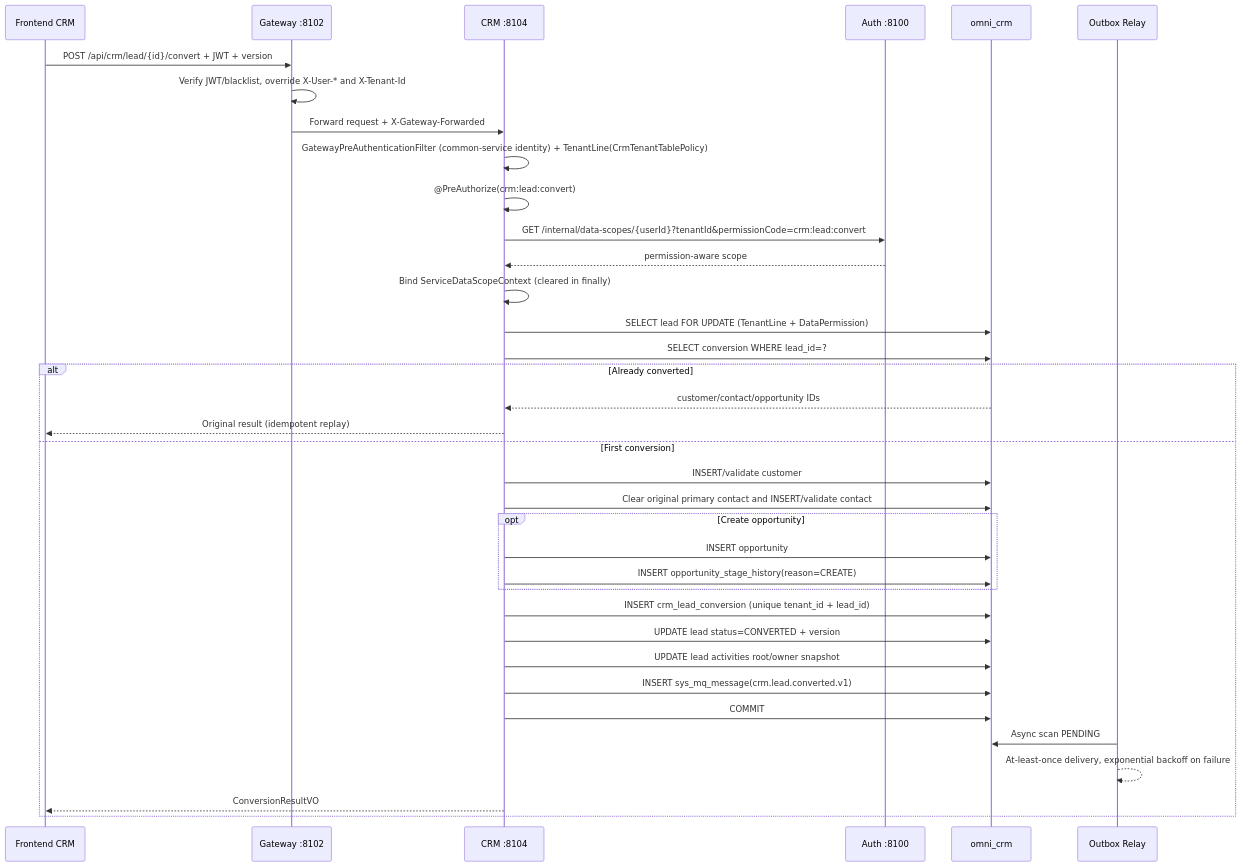
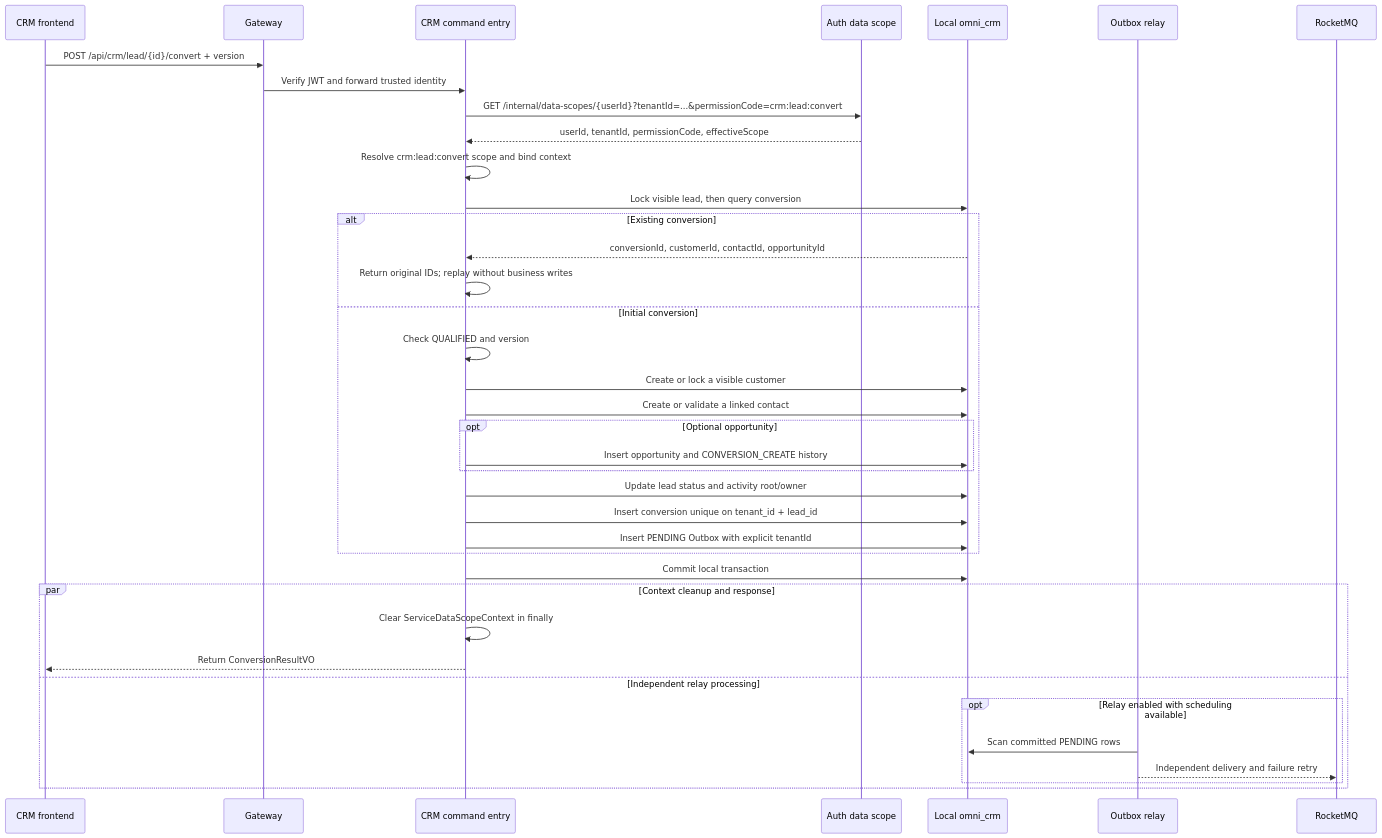
Diagram 14 of 21 in docs/core-flows.en.md (wang-baohai/Omni-Stack), drawn with Mermaid before and after one commit. The commit also changed other lines of this file and 1095 other files, not shown here.

````diff
--- a/docs/core-flows.en.md
+++ b/docs/core-flows.en.md
@@ -1518,39 +1230,40 @@
 ```mermaid
 sequenceDiagram
-    participant F as Frontend CRM
-    participant G as Gateway :8102
-    participant C as CRM :8104
-    participant A as Auth :8100
-    participant DB as omni_crm
-    participant MQ as Outbox Relay
-
-    F->>G: POST /api/crm/lead/{id}/convert + JWT + version
-    G->>G: Verify JWT/blacklist, override X-User-* and X-Tenant-Id
-    G->>C: Forward request + X-Gateway-Forwarded
-    C->>C: GatewayPreAuthenticationFilter (common-service identity) + TenantLine(CrmTenantTablePolicy)
-    C->>C: @PreAuthorize(crm:lead:convert)
-    C->>A: GET /internal/data-scopes/{userId}?tenantId&permissionCode=crm:lead:convert
-    A-->>C: permission-aware scope
-    C->>C: Bind ServiceDataScopeContext (cleared in finally)
-    C->>DB: SELECT lead FOR UPDATE (TenantLine + DataPermission)
-    C->>DB: SELECT conversion WHERE lead_id=?
-    alt Already converted
-        DB-->>C: customer/contact/opportunity IDs
-        C-->>F: Original result (idempotent replay)
-    else First conversion
-        C->>DB: INSERT/validate customer
-        C->>DB: Clear original primary contact and INSERT/validate contact
-        opt Create opportunity
-            C->>DB: INSERT opportunity
-            C->>DB: INSERT opportunity_stage_history(reason=CREATE)
+    participant F as CRM frontend
+    participant G as Gateway
+    participant C as CRM command entry
+    participant A as Auth data scope
+    participant D as Local omni_crm
+    participant R as Outbox relay
+    participant Q as RocketMQ
+    F->>G: POST /api/crm/lead/{id}/convert + version
+    G->>C: Verify JWT and forward trusted identity
+    C->>A: GET /internal/data-scopes/{userId}?tenantId=...&permissionCode=crm:lead:convert
+    A-->>C: userId, tenantId, permissionCode, effectiveScope
+    C->>C: Resolve crm:lead:convert scope and bind context
+    C->>D: Lock visible lead, then query conversion
+    alt Existing conversion
+        D-->>C: conversionId, customerId, contactId, opportunityId
+        C->>C: Return original IDs#59; replay without business writes
+    else Initial conversion
+        C->>C: Check QUALIFIED and version
+        C->>D: Create or lock a visible customer
+        C->>D: Create or validate a linked contact
+        opt Optional opportunity
+            C->>D: Insert opportunity and CONVERSION_CREATE history
         end
-        C->>DB: INSERT crm_lead_conversion (unique tenant_id + lead_id)
-        C->>DB: UPDATE lead status=CONVERTED + version
-        C->>DB: UPDATE lead activities root/owner snapshot
-        C->>DB: INSERT sys_mq_message(crm.lead.converted.v1)
-        C->>DB: COMMIT
-        MQ->>DB: Async scan PENDING
-        MQ-->>MQ: At-least-once delivery, exponential backoff on failure
-        C-->>F: ConversionResultVO
+        C->>D: Update lead status and activity root/owner
+        C->>D: Insert conversion unique on tenant_id + lead_id
+        C->>D: Insert PENDING Outbox with explicit tenantId
+    end
+    C->>D: Commit local transaction
+    par Context cleanup and response
+        C->>C: Clear ServiceDataScopeContext in finally
+        C-->>F: Return ConversionResultVO
+    and Independent relay processing
+        opt Relay enabled with scheduling available
+            R->>D: Scan committed PENDING rows
+            R-->>Q: Independent delivery and failure retry
+        end
     end
 ```
````
